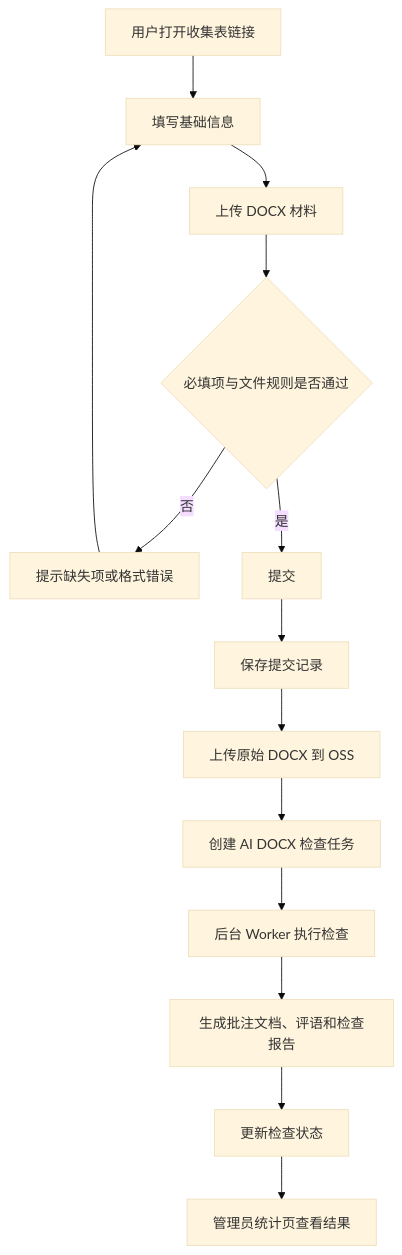
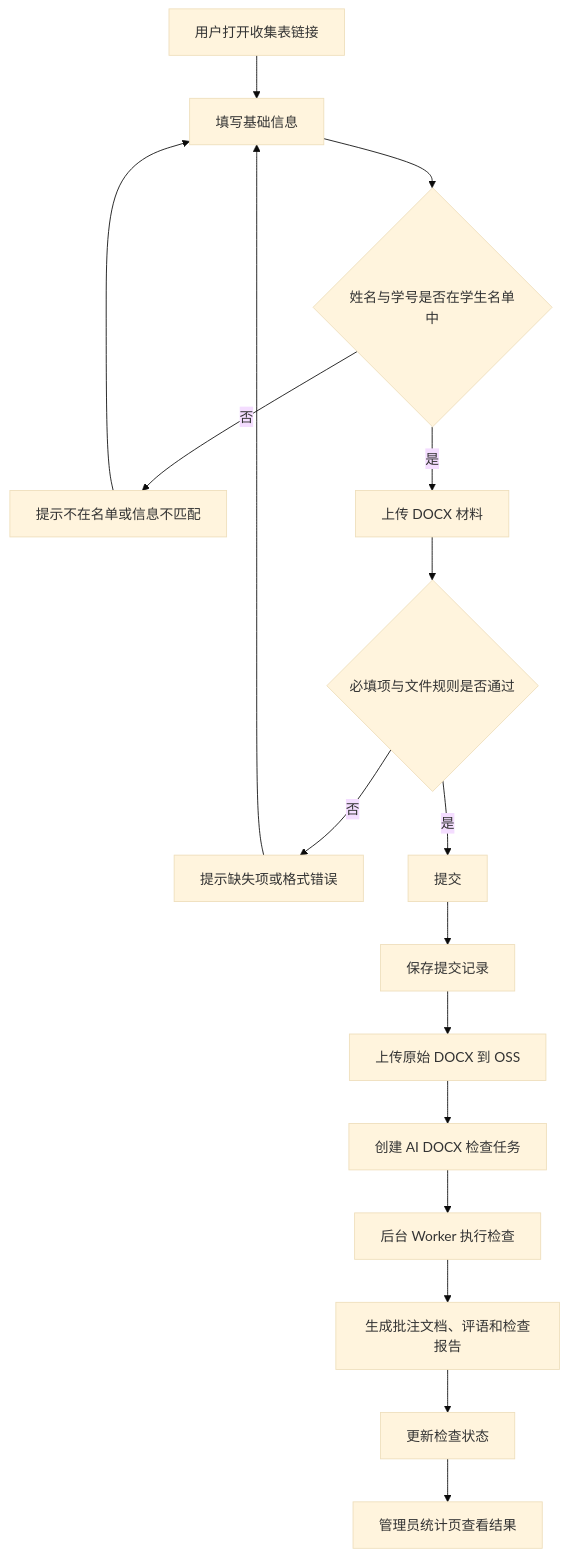
The second of 4 diagrams in docs/03_design_diagram.md (layerism/moyin), drawn with Mermaid (base theme) before and after one commit. The commit also changed other lines of this file, not shown here.

Commit message:
Add student roster settings to design diagrams

````diff
--- a/docs/03_design_diagram.md
+++ b/docs/03_design_diagram.md
@@ -29,16 +33,19 @@
 ```mermaid
 flowchart TD
   S["用户打开收集表链接"] --> F["填写基础信息"]
-  F --> U["上传 DOCX 材料"]
+  F --> L{"姓名与学号是否在学生名单中"}
+  L -- "否" --> N["提示不在名单或信息不匹配"]
+  N --> F
+  L -- "是" --> U["上传 DOCX 材料"]
   U --> V{"必填项与文件规则是否通过"}
   V -- "否" --> E["提示缺失项或格式错误"]
   E --> F
   V -- "是" --> P["提交"]
   P --> R["保存提交记录"]
   R --> O["上传原始 DOCX 到 OSS"]
   O --> Q["创建 AI DOCX 检查任务"]
   Q --> W["后台 Worker 执行检查"]
   W --> X["生成批注文档、评语和检查报告"]
   X --> T["更新检查状态"]
   T --> H["管理员统计页查看结果"]
 ```
````
